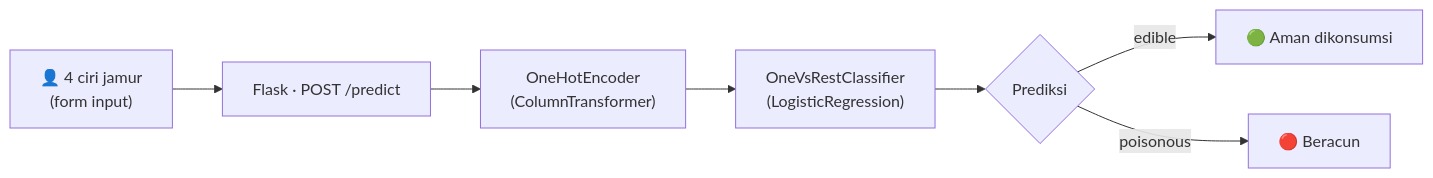
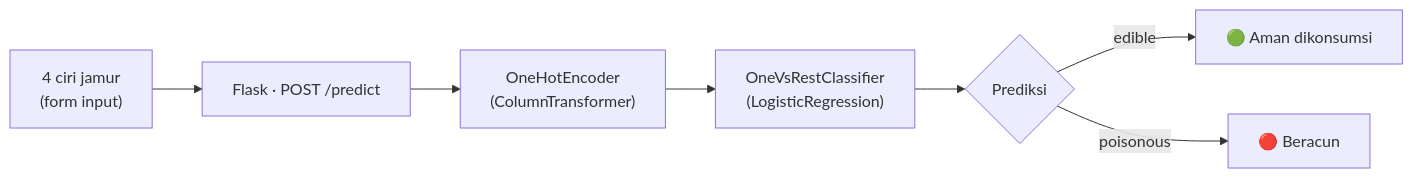
The diagram in README.md (rizki-putra-saimona-armen/Mushroom-predictor), drawn with Mermaid before and after one commit. The commit also changed other lines of this file, not shown here.

````diff
--- a/README.md
+++ b/README.md
@@ -83,9 +83,9 @@
 ```mermaid
 flowchart LR
-    A["👤 4 ciri jamur\n(form input)"] --> B["Flask · POST /predict"]
+    A[" 4 ciri jamur\n(form input)"] --> B["Flask · POST /predict"]
     B --> C["OneHotEncoder\n(ColumnTransformer)"]
     C --> D["OneVsRestClassifier\n(LogisticRegression)"]
     D --> E{"Prediksi"}
     E -->|edible| F["🟢 Aman dikonsumsi"]
     E -->|poisonous| G["🔴 Beracun"]
 ```
````
